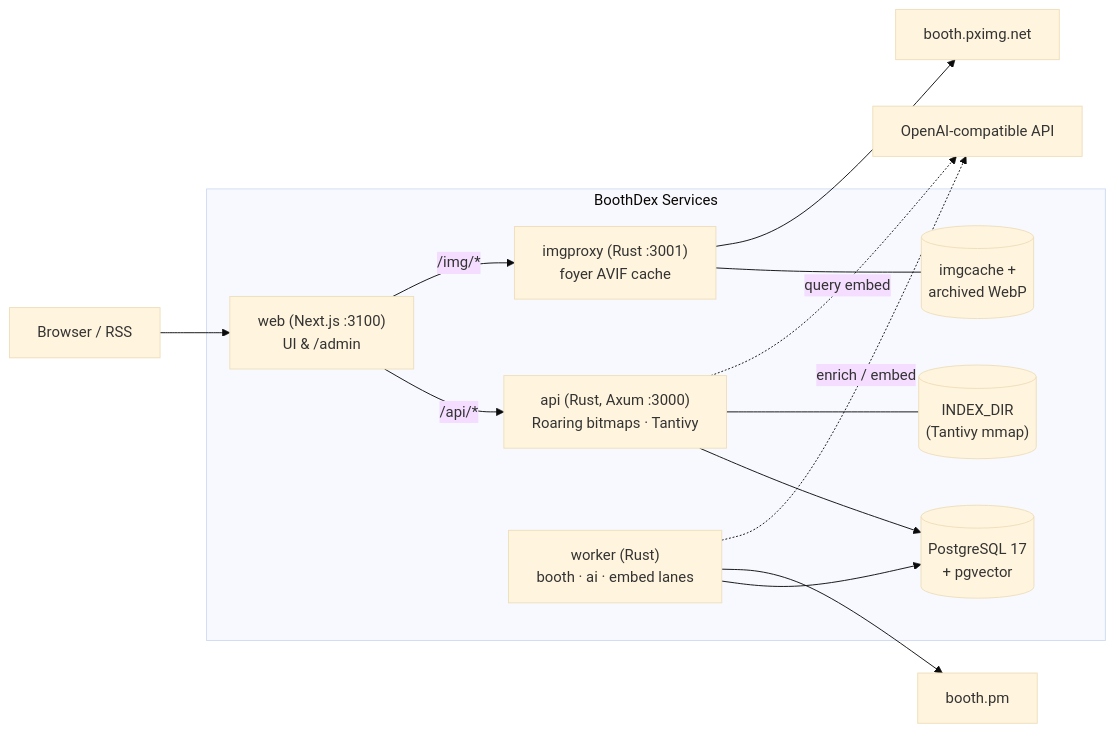
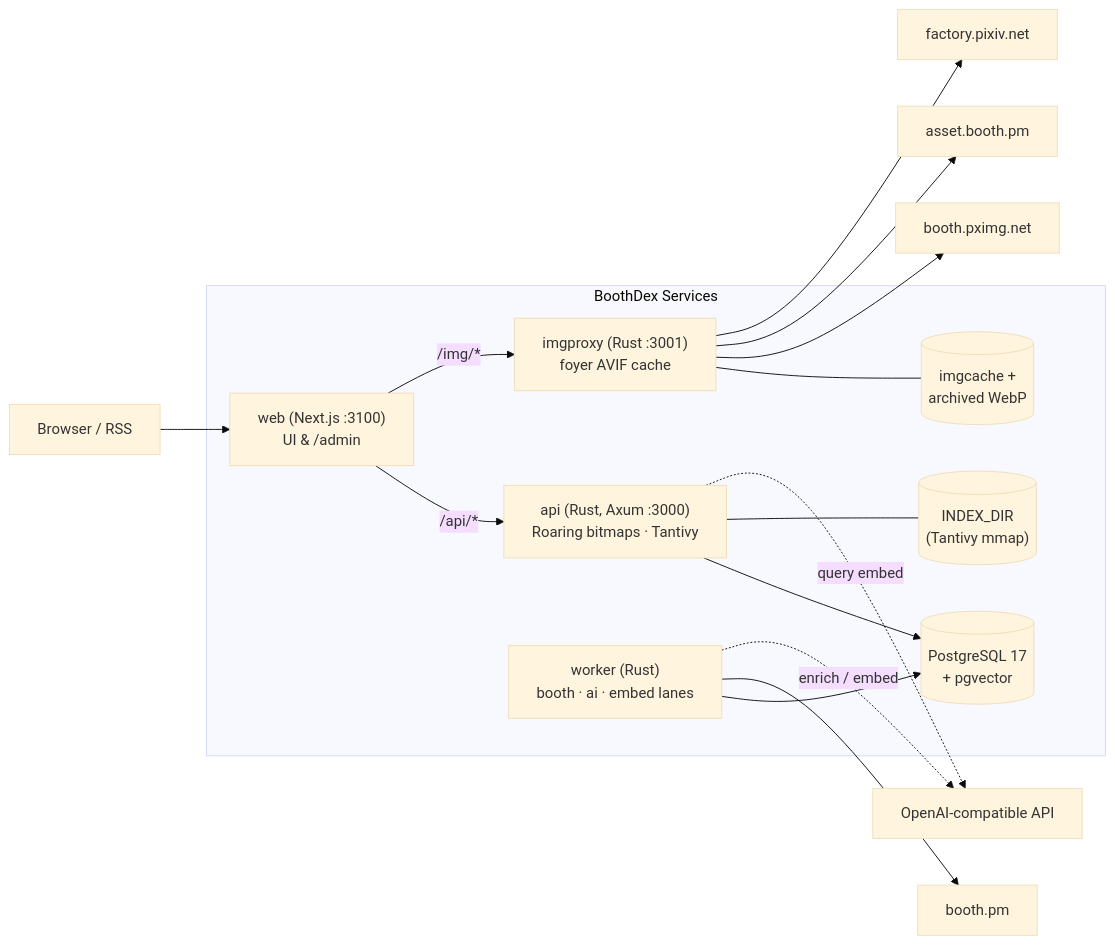
The second of 3 diagrams in README.md (JohnsonRan/BoothDex), drawn with Mermaid (base theme) before and after one commit. The commit also changed other lines of this file and 5 other files, not shown here.

First line of the commit message:
imgproxy: serve BOOTH asset and pixiv Factory images

````diff
--- a/README.md
+++ b/README.md
@@ -156,21 +156,23 @@
 ```mermaid
 flowchart LR
   browser["Browser / RSS"] --> web["web (Next.js :3100)<br/>UI & /admin"]
 
   subgraph stack["BoothDex Services"]
     web -- "/api/*" --> api["api (Rust, Axum :3000)<br/>Roaring bitmaps · Tantivy"]
     web -- "/img/*" --> imgproxy["imgproxy (Rust :3001)<br/>foyer AVIF cache"]
     worker["worker (Rust)<br/>booth · ai · embed lanes"]
     pg[("PostgreSQL 17<br/>+ pgvector")]
 
     api --> pg
     worker --> pg
     api --- idx[("INDEX_DIR<br/>(Tantivy mmap)")]
     imgproxy --- cache[("imgcache +<br/>archived WebP")]
   end
 
   imgproxy --> pximg["booth.pximg.net"]
+  imgproxy --> asset["asset.booth.pm"]
+  imgproxy --> factory["factory.pixiv.net"]
   worker --> booth["booth.pm"]
   worker -. "enrich / embed" .-> ai["OpenAI-compatible API"]
   api -. "query embed" .-> ai
 ```
````
